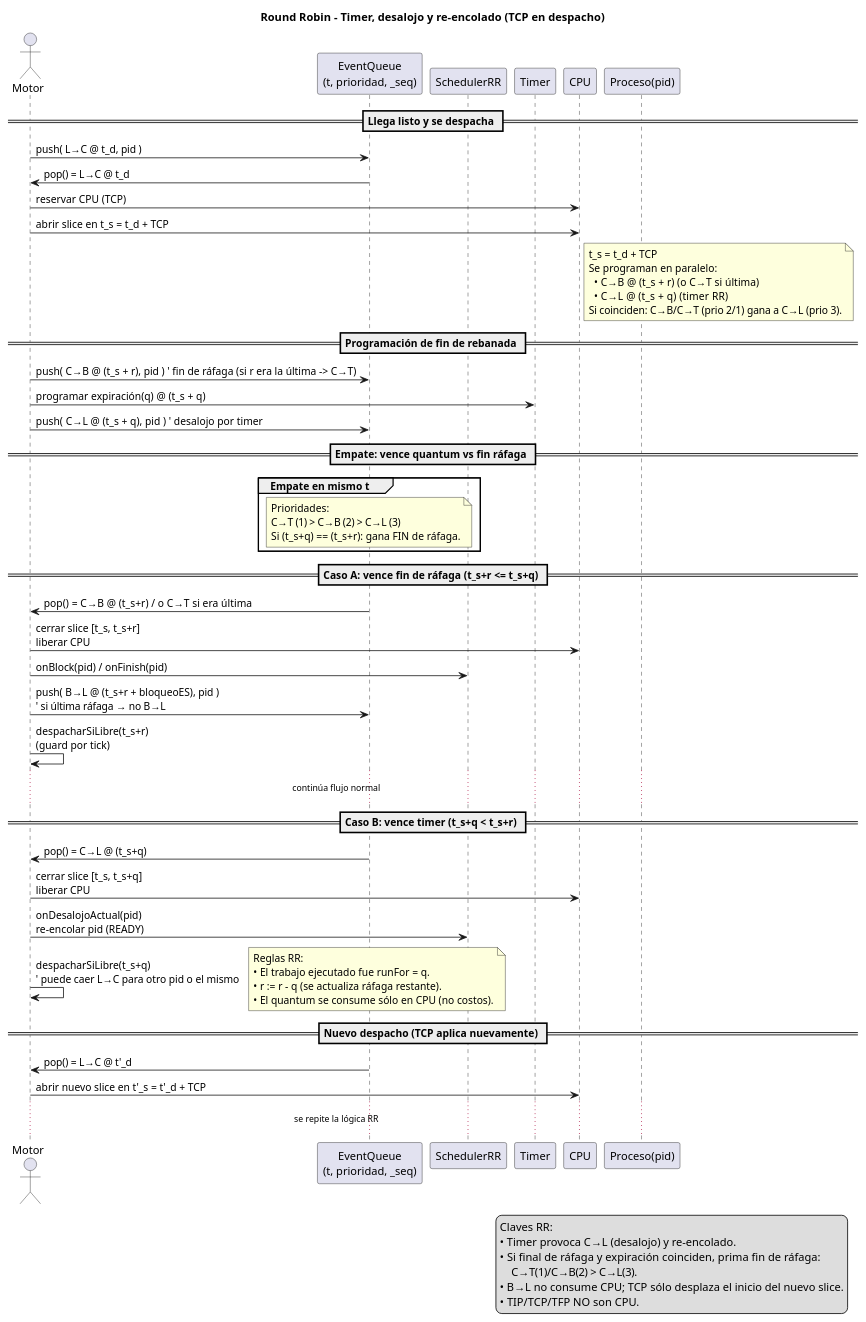
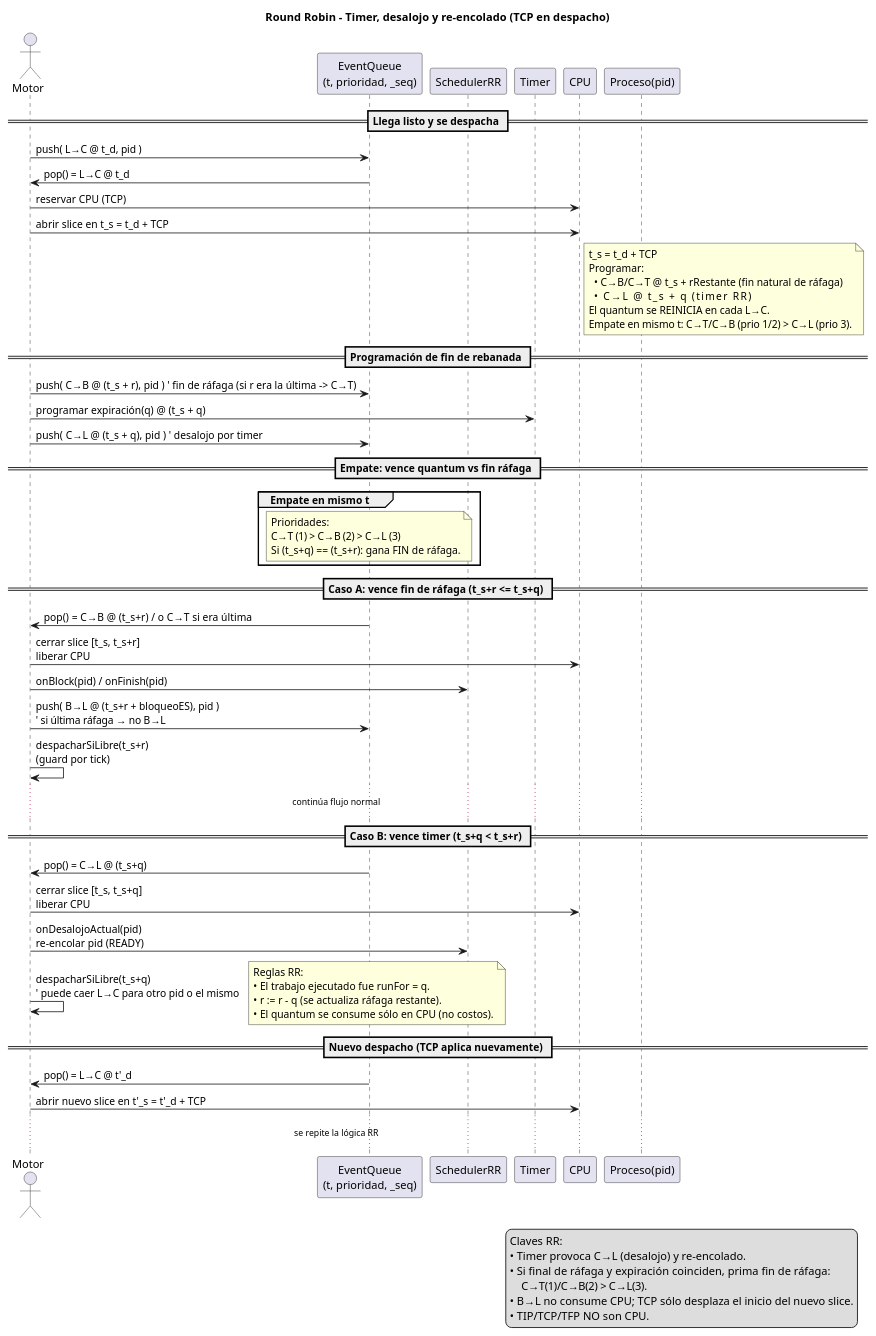
Before and after one commit to micaelaalvaradomendez/planificacionProcesador: the diagram in diagramas/secuenciaRR.puml, drawn with PlantUML. The commit also changed 26 other files, not shown here.

```diff
--- a/diagramas/secuenciaRR.puml
+++ b/diagramas/secuenciaRR.puml
@@ -1,71 +1,72 @@
 @startuml 06-secuencia-rr
 title Round Robin – Timer, desalojo y re-encolado (TCP en despacho)
 
 actor "Motor" as ENG
 participant "EventQueue\n(t, prioridad, _seq)" as EQ
 participant "SchedulerRR" as SCH
 participant "Timer" as TM
 participant "CPU" as CPU
 participant "Proceso(pid)" as P
 
 == Llega listo y se despacha ==
 ENG -> EQ : push( L→C @ t_d, pid )
 EQ  -> ENG : pop() = L→C @ t_d
 ENG -> CPU : reservar CPU (TCP)
 ENG -> CPU : abrir slice en t_s = t_d + TCP
 note right of CPU
   t_s = t_d + TCP
-  Se programan en paralelo:
-    • C→B @ (t_s + r)   (o C→T si última)
-    • C→L @ (t_s + q)   (timer RR)
-  Si coinciden: C→B/C→T (prio 2/1) gana a C→L (prio 3).
+  Programar:
+    • C→B/C→T @ t_s + rRestante  (fin natural de ráfaga)
+    • C→L      @ t_s + q         (timer RR)
+  El quantum se REINICIA en cada L→C.
+  Empate en mismo t: C→T/C→B (prio 1/2) > C→L (prio 3).
 end note
 
 == Programación de fin de rebanada ==
 ENG -> EQ : push( C→B @ (t_s + r), pid )  ' fin de ráfaga (si r era la última -> C→T)
 ENG -> TM : programar expiración(q) @ (t_s + q)
 ENG -> EQ : push( C→L @ (t_s + q), pid )  ' desalojo por timer
 
 == Empate: vence quantum vs fin ráfaga ==
 group Empate en mismo t
   note over EQ
     Prioridades:
     C→T (1) > C→B (2) > C→L (3)
     Si (t_s+q) == (t_s+r): gana FIN de ráfaga.
   end note
 end
 
 == Caso A: vence fin de ráfaga (t_s+r <= t_s+q) ==
 EQ  -> ENG : pop() = C→B @ (t_s+r)  /  o C→T si era última
 ENG -> CPU : cerrar slice [t_s, t_s+r]\nliberar CPU
 ENG -> SCH : onBlock(pid) / onFinish(pid)
 ENG -> EQ  : push( B→L @ (t_s+r + bloqueoES), pid )\n' si última ráfaga → no B→L
 ENG -> ENG : despacharSiLibre(t_s+r)\n(guard por tick)
 ... continúa flujo normal ...
 
 == Caso B: vence timer (t_s+q < t_s+r) ==
 EQ  -> ENG : pop() = C→L @ (t_s+q)
 ENG -> CPU : cerrar slice [t_s, t_s+q]\nliberar CPU
 ENG -> SCH : onDesalojoActual(pid)\nre-encolar pid (READY)
 ENG -> ENG : despacharSiLibre(t_s+q)\n' puede caer L→C para otro pid o el mismo
 note right
   Reglas RR:
   • El trabajo ejecutado fue runFor = q.
   • r := r - q (se actualiza ráfaga restante).
   • El quantum se consume sólo en CPU (no costos).
 end note
 
 == Nuevo despacho (TCP aplica nuevamente) ==
 EQ  -> ENG : pop() = L→C @ t'_d
 ENG -> CPU : abrir nuevo slice en t'_s = t'_d + TCP
 ... se repite la lógica RR ...
 
 legend right
   Claves RR:
   • Timer provoca C→L (desalojo) y re-encolado.
   • Si final de ráfaga y expiración coinciden, prima fin de ráfaga:
       C→T(1)/C→B(2) > C→L(3).
   • B→L no consume CPU; TCP sólo desplaza el inicio del nuevo slice.
   • TIP/TCP/TFP NO son CPU.
 endlegend
 @enduml
```
